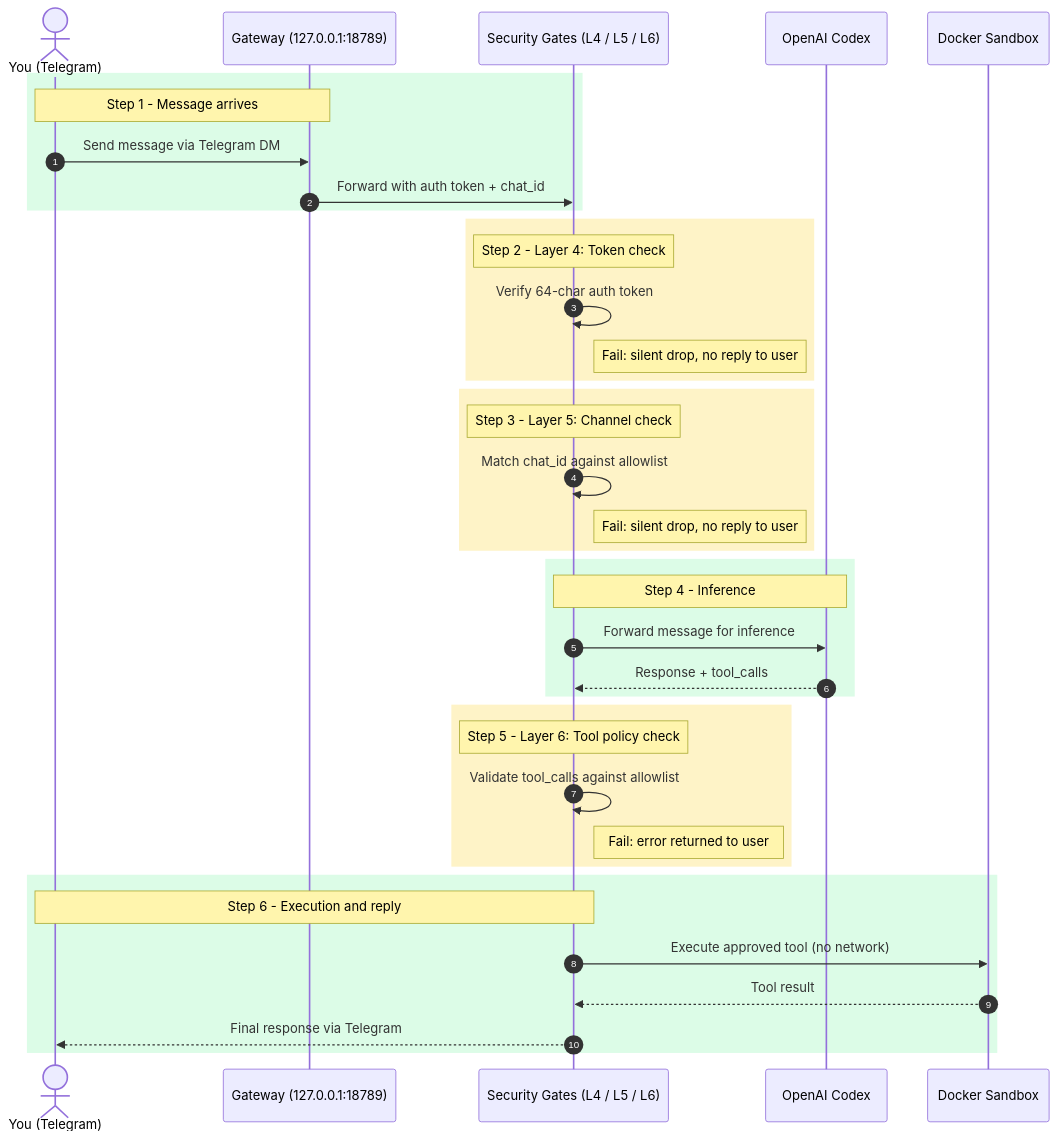
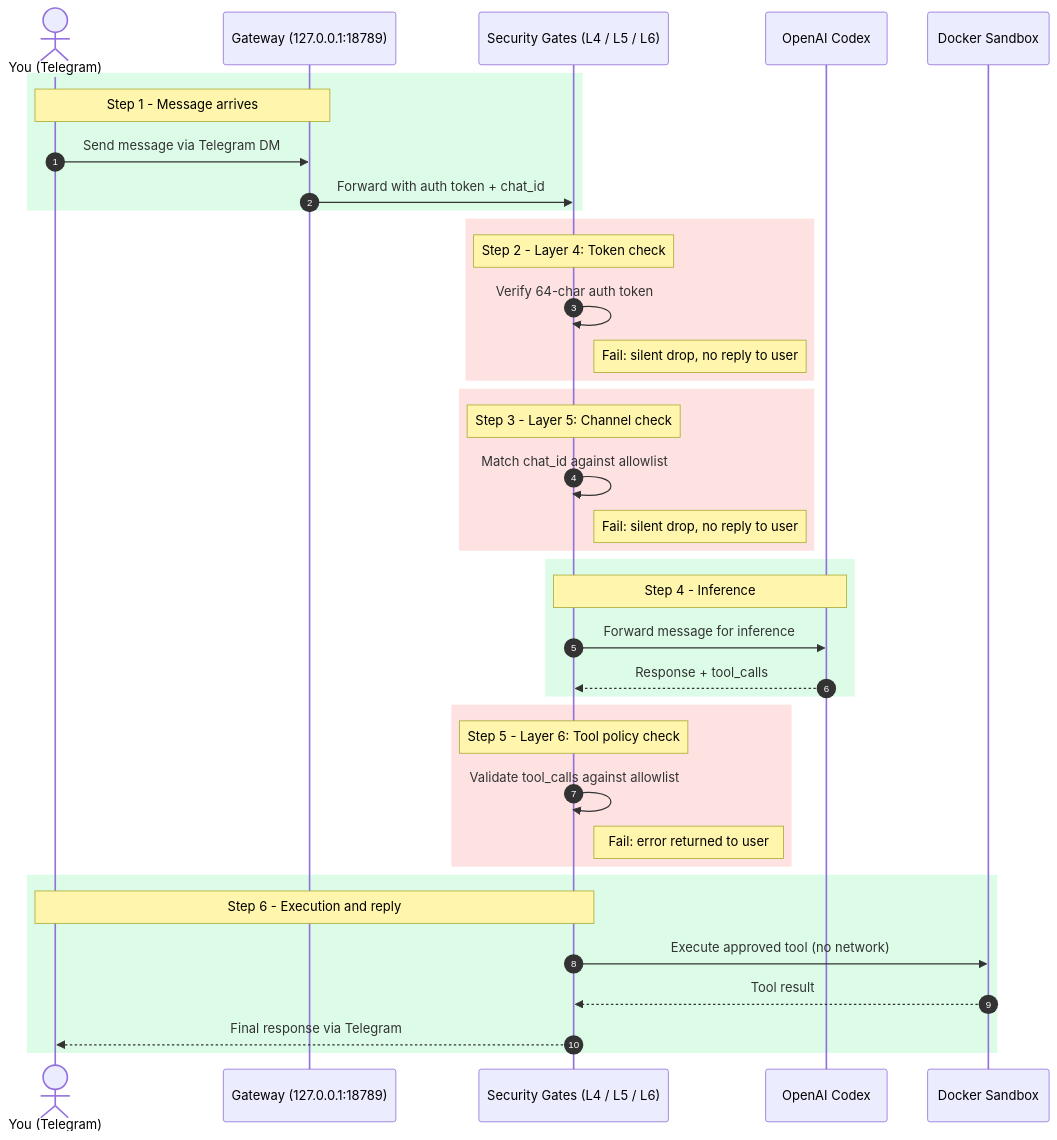
One commit to vishal8shah/openclaw-personal-ai-agent changed the third of 4 diagrams in docs-site/docs/security.md. Above: the diagram before and after it, drawn with Mermaid. The commit also changed other lines of this file, not shown here.

Commit message:
docs: fix Diagram 4 - change gate rects to red and align caption text to match

````diff
--- a/docs-site/docs/security.md
+++ b/docs-site/docs/security.md
@@ -177,46 +177,46 @@
 ```mermaid
 sequenceDiagram
     autonumber
     actor User as You (Telegram)
     participant GW as Gateway (127.0.0.1:18789)
     participant Gates as Security Gates (L4 / L5 / L6)
     participant AI as OpenAI Codex
     participant SB as Docker Sandbox
 
     rect rgb(220, 252, 231)
         Note over User,GW: Step 1 - Message arrives
         User->>GW: Send message via Telegram DM
         GW->>Gates: Forward with auth token + chat_id
     end
 
-    rect rgb(254, 243, 199)
+    rect rgb(254, 226, 226)
         Note over Gates: Step 2 - Layer 4: Token check
         Gates->>Gates: Verify 64-char auth token
         Note right of Gates: Fail: silent drop, no reply to user
     end
 
-    rect rgb(254, 243, 199)
+    rect rgb(254, 226, 226)
         Note over Gates: Step 3 - Layer 5: Channel check
         Gates->>Gates: Match chat_id against allowlist
         Note right of Gates: Fail: silent drop, no reply to user
     end
 
     rect rgb(220, 252, 231)
         Note over Gates,AI: Step 4 - Inference
         Gates->>AI: Forward message for inference
         AI-->>Gates: Response + tool_calls
     end
 
-    rect rgb(254, 243, 199)
+    rect rgb(254, 226, 226)
         Note over Gates: Step 5 - Layer 6: Tool policy check
         Gates->>Gates: Validate tool_calls against allowlist
         Note right of Gates: Fail: error returned to user
     end
 
     rect rgb(220, 252, 231)
         Note over Gates,User: Step 6 - Execution and reply
         Gates->>SB: Execute approved tool (no network)
         SB-->>Gates: Tool result
         Gates-->>User: Final response via Telegram
     end
 ```
````
